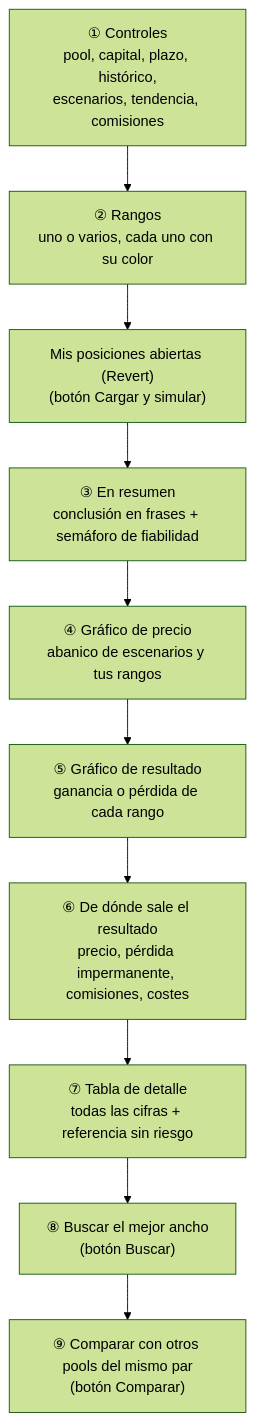
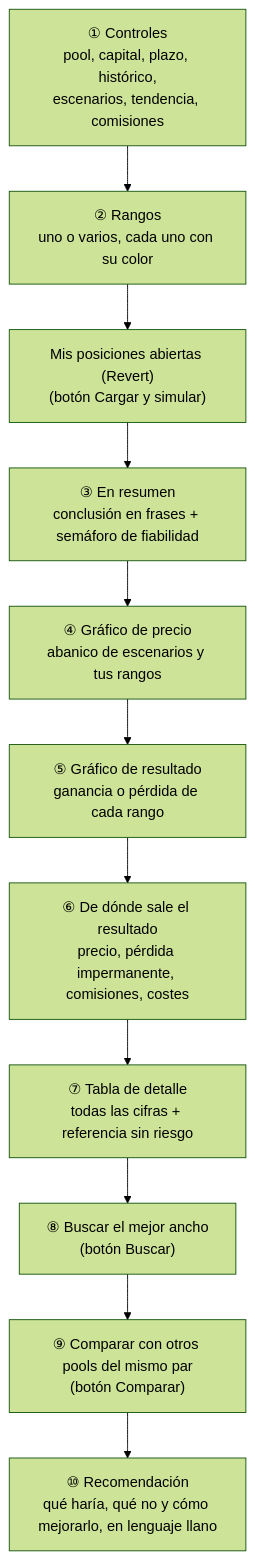
Before and after one commit to Caiico1/etapas-weinstein: the first of 7 diagrams in Guia Simulador.md, drawn with Mermaid (forest theme). The commit also changed other lines of this file and 6 other files, not shown here.

First line of the commit message:
Simulador: valor final medio en la tabla y sección Recomendación en lenguaje llano

````diff
--- a/Guia Simulador.md
+++ b/Guia Simulador.md
@@ -57,12 +58,13 @@
 ```mermaid
 flowchart TB
     A["① Controles<br/>pool, capital, plazo, histórico,<br/>escenarios, tendencia, comisiones"] --> B["② Rangos<br/>uno o varios, cada uno con su color"]
     B --> M["Mis posiciones abiertas (Revert)<br/>(botón Cargar y simular)"]
     M --> R["③ En resumen<br/>conclusión en frases + semáforo de fiabilidad"]
     R --> C["④ Gráfico de precio<br/>abanico de escenarios y tus rangos"]
     C --> D["⑤ Gráfico de resultado<br/>ganancia o pérdida de cada rango"]
     D --> G["⑥ De dónde sale el resultado<br/>precio, pérdida impermanente, comisiones, costes"]
     G --> E["⑦ Tabla de detalle<br/>todas las cifras + referencia sin riesgo"]
     E --> O["⑧ Buscar el mejor ancho<br/>(botón Buscar)"]
     O --> P["⑨ Comparar con otros pools del mismo par<br/>(botón Comparar)"]
+    P --> Q["⑩ Recomendación<br/>qué haría, qué no y cómo mejorarlo, en lenguaje llano"]
 ```
````
